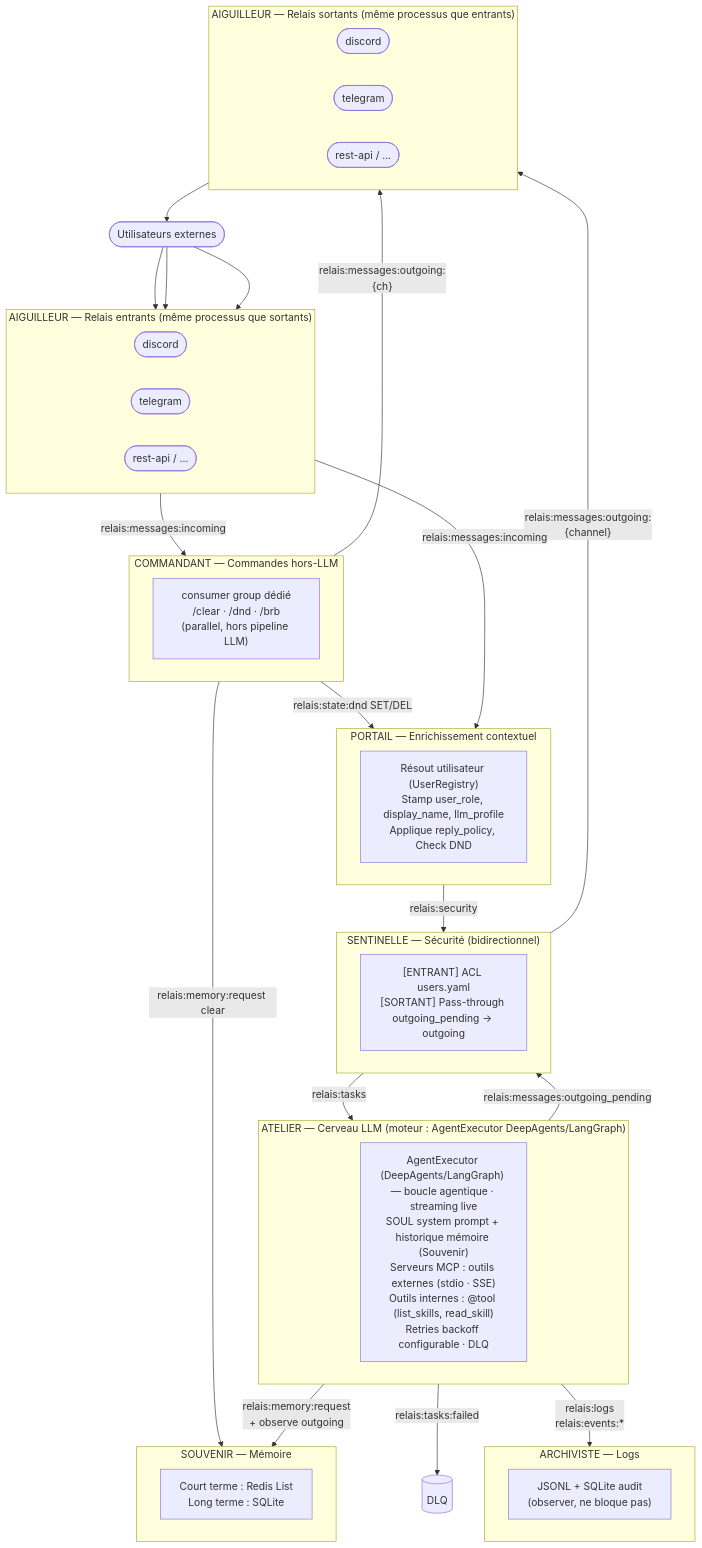
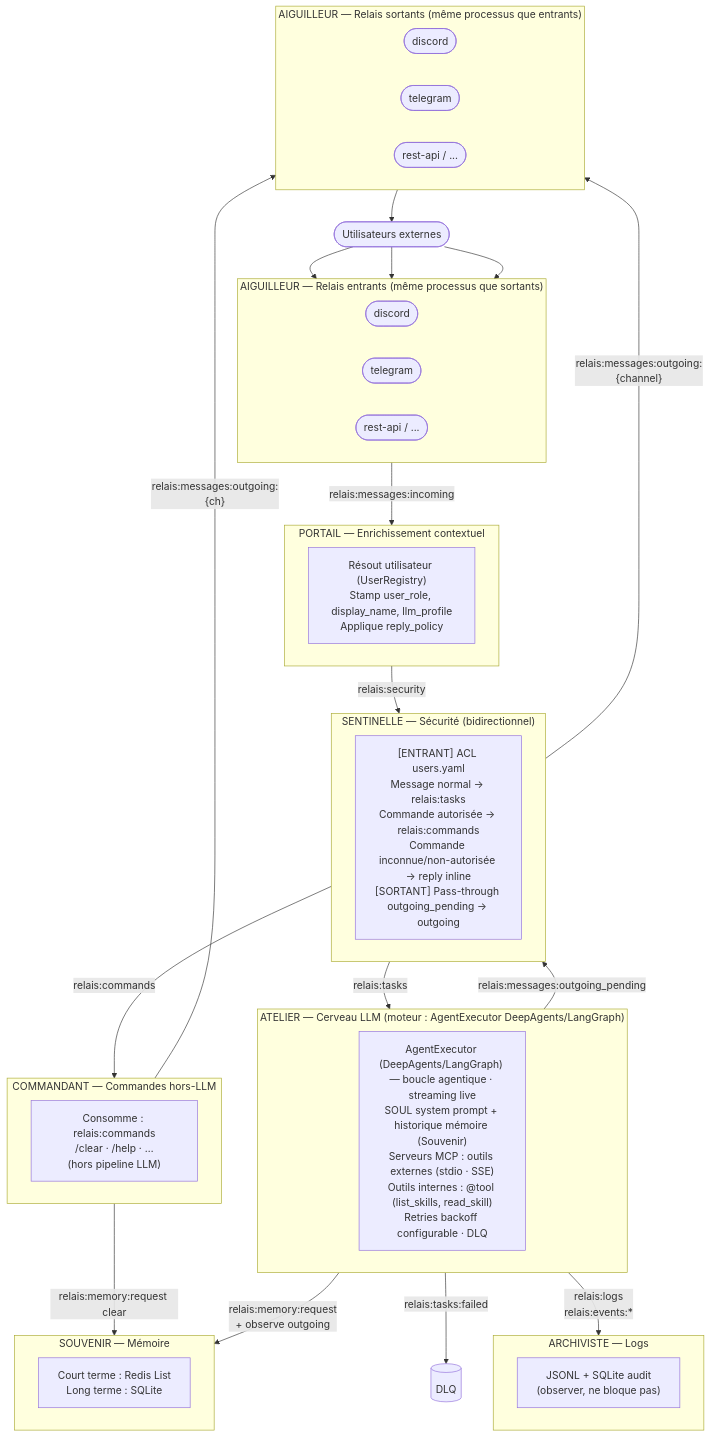
The diagram in README.md (cyberbobjr/relais), drawn with Mermaid before and after one commit. The commit also changed other lines of this file and 23 other files, not shown here.

First line of the commit message:
feat(pipeline): route commands via Sentinelle to Commandant on relais:commands

````diff
--- a/README.md
+++ b/README.md
@@ -91,63 +91,62 @@
 ```mermaid
 flowchart TD
     USERS(["Utilisateurs externes"])
 
     USERS --> D_IN & T_IN & R_IN
 
     subgraph AIG_IN["AIGUILLEUR — Relais entrants (même processus que sortants)"]
         direction LR
         D_IN([discord])
         T_IN([telegram])
         R_IN([rest-api / ...])
     end
 
     AIG_IN -->|"relais:messages:incoming"| PORTAIL
-    AIG_IN -->|"relais:messages:incoming"| COMMANDANT
-
-    subgraph COMMANDANT["COMMANDANT — Commandes hors-LLM"]
-        CM["consumer group dédié\n/clear · /dnd · /brb\n(parallel, hors pipeline LLM)"]
-    end
-
-    COMMANDANT -->|"relais:state:dnd SET/DEL"| PORTAIL
-    COMMANDANT -->|"relais:memory:request clear"| SOUVENIR
-    COMMANDANT -->|"relais:messages:outgoing:{ch}"| AIG_OUT
 
     subgraph PORTAIL["PORTAIL — Enrichissement contextuel"]
-        P["Résout utilisateur (UserRegistry)\nStamp user_role, display_name, llm_profile\nApplique reply_policy, Check DND"]
+        P["Résout utilisateur (UserRegistry)\nStamp user_role, display_name, llm_profile\nApplique reply_policy"]
     end
 
     PORTAIL -->|"relais:security"| SENTINELLE
 
     subgraph SENTINELLE["SENTINELLE — Sécurité (bidirectionnel)"]
-        S["[ENTRANT] ACL users.yaml\n[SORTANT] Pass-through outgoing_pending → outgoing"]
+        S["[ENTRANT] ACL users.yaml\nMessage normal → relais:tasks\nCommande autorisée → relais:commands\nCommande inconnue/non-autorisée → reply inline\n[SORTANT] Pass-through outgoing_pending → outgoing"]
     end
 
     SENTINELLE -->|"relais:tasks"| ATELIER
+    SENTINELLE -->|"relais:commands"| COMMANDANT
+
+    subgraph COMMANDANT["COMMANDANT — Commandes hors-LLM"]
+        CM["Consomme : relais:commands\n/clear · /help · …\n(hors pipeline LLM)"]
+    end
+
+    COMMANDANT -->|"relais:memory:request clear"| SOUVENIR
+    COMMANDANT -->|"relais:messages:outgoing:{ch}"| AIG_OUT
 
     subgraph ATELIER["ATELIER — Cerveau LLM  (moteur : AgentExecutor DeepAgents/LangGraph)"]
         A["AgentExecutor (DeepAgents/LangGraph) — boucle agentique · streaming live\nSOUL system prompt + historique mémoire (Souvenir)\nServeurs MCP : outils externes (stdio · SSE)\nOutils internes : @tool (list_skills, read_skill)\nRetries backoff configurable · DLQ"]
     end
 
     ATELIER -->|"relais:messages:outgoing_pending"| SENTINELLE
     SENTINELLE -->|"relais:messages:outgoing:{channel}"| AIG_OUT
     ATELIER -->|"relais:memory:request\n+ observe outgoing"| SOUVENIR
     ATELIER -->|"relais:tasks:failed"| DLQ[("DLQ")]
     ATELIER -->|"relais:logs\nrelais:events:*"| ARCHIVISTE
 
     subgraph AIG_OUT["AIGUILLEUR — Relais sortants (même processus que entrants)"]
         direction LR
         D_OUT([discord])
         T_OUT([telegram])
         R_OUT([rest-api / ...])
     end
 
     subgraph SOUVENIR["SOUVENIR — Mémoire"]
         SV["Court terme : Redis List\nLong terme : SQLite"]
     end
 
     subgraph ARCHIVISTE["ARCHIVISTE — Logs"]
         AR["JSONL + SQLite audit\n(observer, ne bloque pas)"]
     end
 
     AIG_OUT --> USERS
 ```
````
